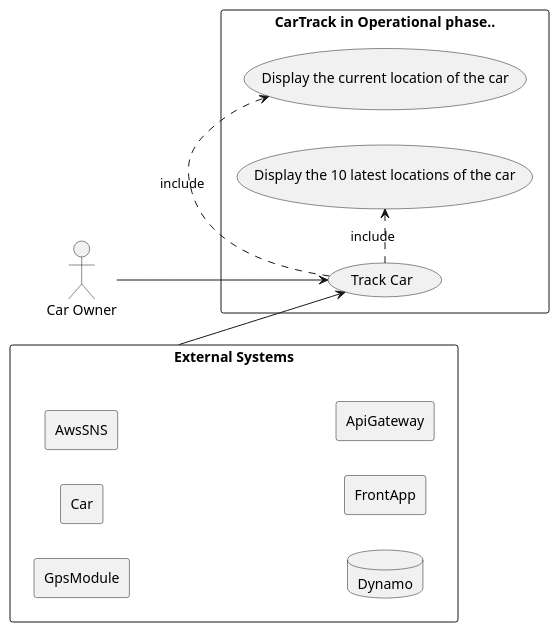
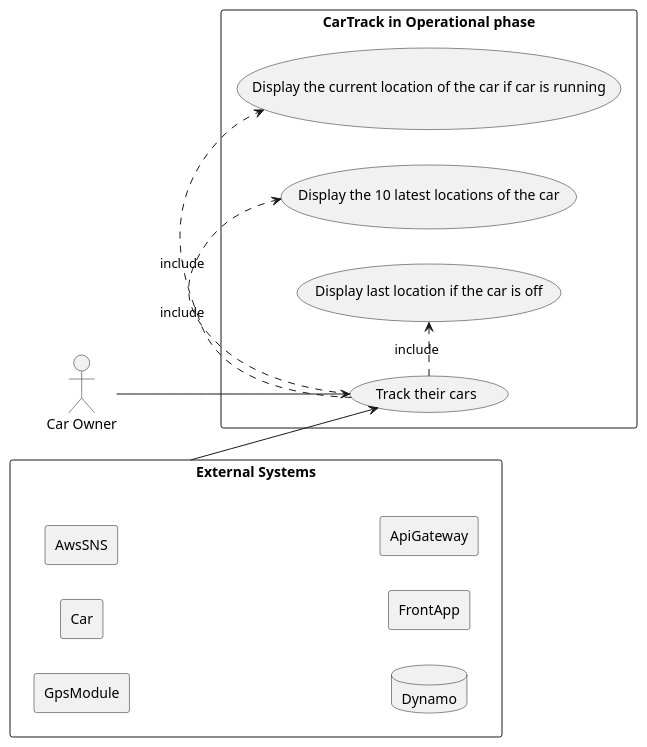
One commit to papeThiam98/CarTrack changed the diagram in Design/3- UseCases/CarTrackUseCases.pu. Above: the diagram before and after it, drawn with PlantUML. The commit also changed 17 other files, not shown here.

```diff
--- a/Design/3- UseCases/CarTrackUseCases.pu
+++ b/Design/3- UseCases/CarTrackUseCases.pu
@@ -1,26 +1,28 @@
 @startuml
 
-rectangle "CarTrack in Operational phase.." as CT {
-    "Track Car" as (Track)
-    "Display the current location of the car" as (Curr)
+rectangle "CarTrack in Operational phase" as CT {
+    "Track their cars" as (Track)
+    "Display the current location of the car if car is running" as (Curr)
     "Display the 10 latest locations of the car" as (Lat)
+    "Display last location if the car is off" as (Off)
 }
 actor "Car Owner" as co
 rectangle "External Systems" as ExSys{
     rectangle GpsModule as gps
     rectangle Car as car
     rectangle AwsSNS as SNS
     database Dynamo as DB
     rectangle FrontApp as app
     rectangle ApiGateway as api
 }
 
 left to right direction
 (Track).>(Curr): include
 (Track).>(Lat): include
+(Track).>(Off): include 
 
 :co:-->(Track)
 
 ExSys --> (Track)
 
 @enduml
```
